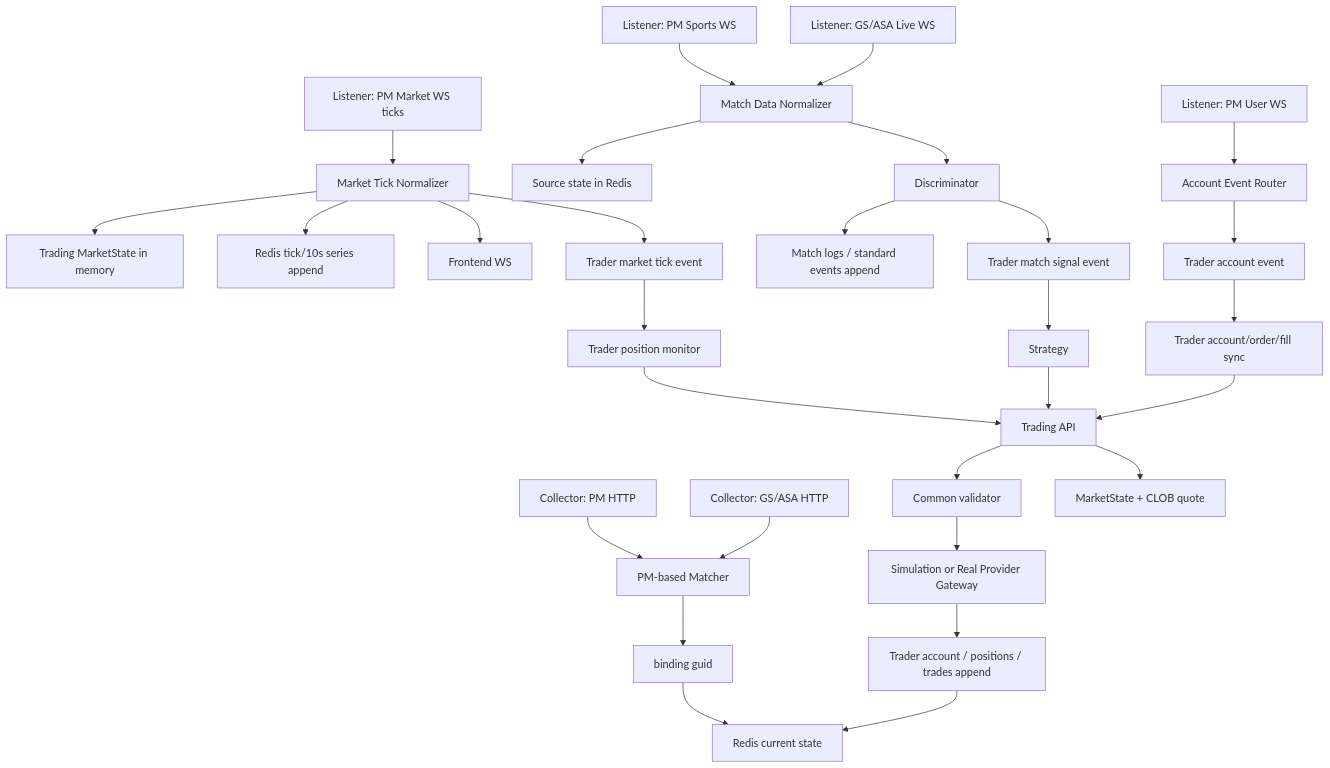
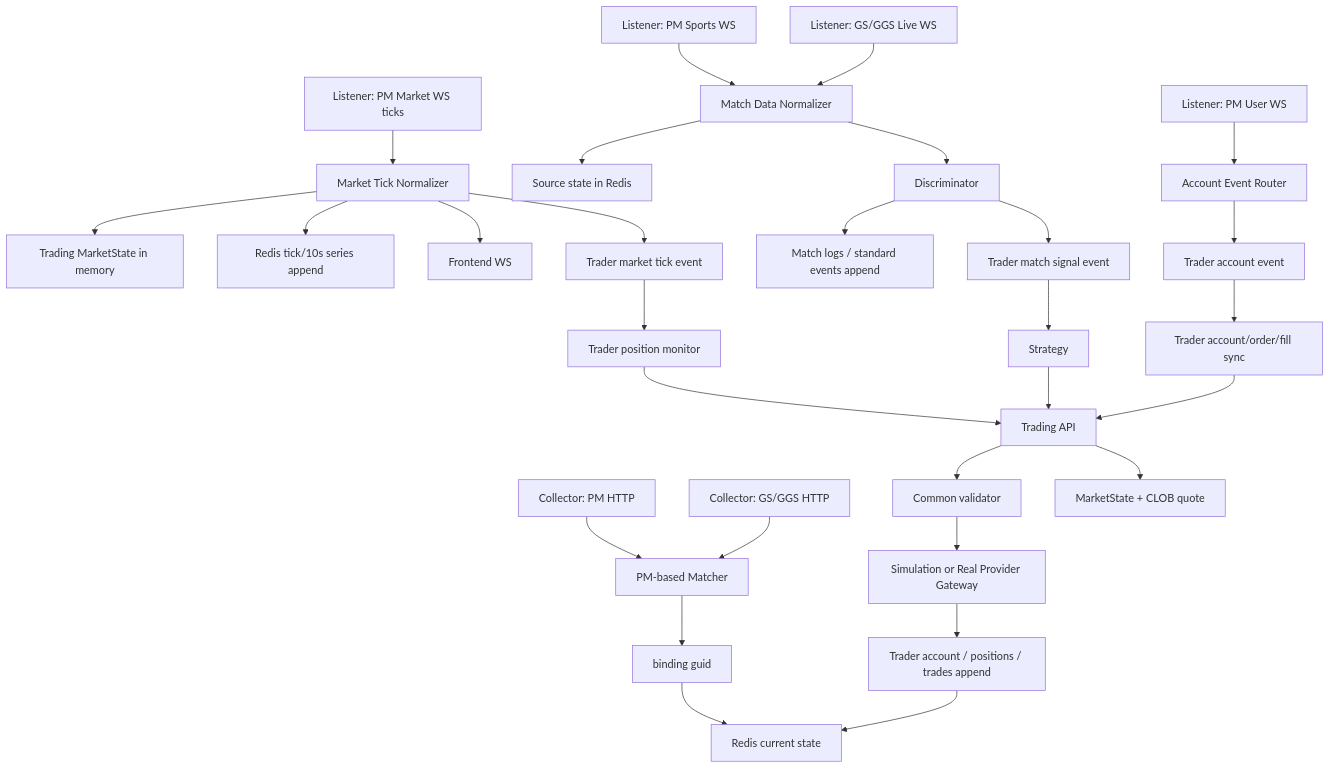
One commit to liuyannnnn/poly-pdt changed the diagram in 03-system-design.md. Above: the diagram before and after it, drawn with Mermaid. The commit also changed other lines of this file and 40 other files, not shown here.

````diff
--- a/03-system-design.md
+++ b/03-system-design.md
@@ -127,31 +127,31 @@
 ```mermaid
 flowchart TD
   A["Collector: PM HTTP"] --> C["PM-based Matcher"]
-  B["Collector: GS/ASA HTTP"] --> C
+  B["Collector: GS/GGS HTTP"] --> C
   C --> G["binding guid"]
   G --> R["Redis current state"]
   D["Listener: PM Market WS ticks"] --> M["Market Tick Normalizer"]
   M --> MS["Trading MarketState in memory"]
   M --> TS["Redis tick/10s series append"]
   M --> W["Frontend WS"]
   M --> TE["Trader market tick event"]
   TE --> TR["Trader position monitor"]
   E["Listener: PM Sports WS"] --> BN["Match Data Normalizer"]
-  F["Listener: GS/ASA Live WS"] --> BN
+  F["Listener: GS/GGS Live WS"] --> BN
   BN --> SR["Source state in Redis"]
   BN --> DI["Discriminator"]
   DI --> LG["Match logs / standard events append"]
   DI --> SE["Trader match signal event"]
   SE --> ST["Strategy"]
   ST --> X["Trading API"]
   TR --> X
   U["Listener: PM User WS"] --> AR["Account Event Router"]
   AR --> AE["Trader account event"]
   AE --> TA["Trader account/order/fill sync"]
   TA --> X
   X --> V["Common validator"]
   X --> Q["MarketState + CLOB quote"]
   V --> Y["Simulation or Real Provider Gateway"]
   Y --> AC["Trader account / positions / trades append"]
   AC --> R
 ```
````
